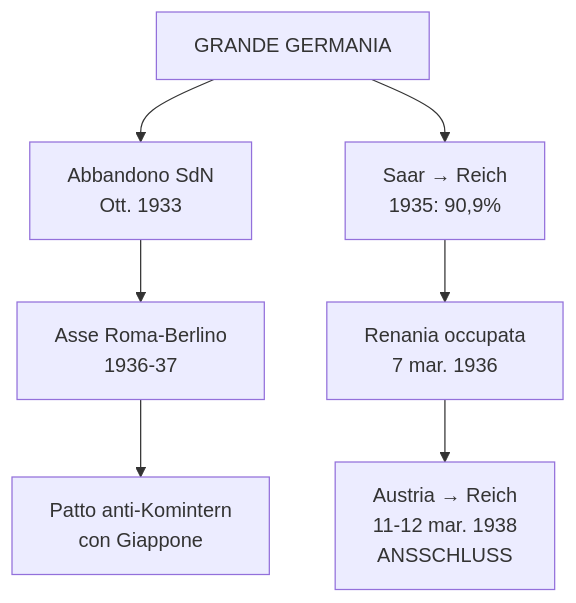
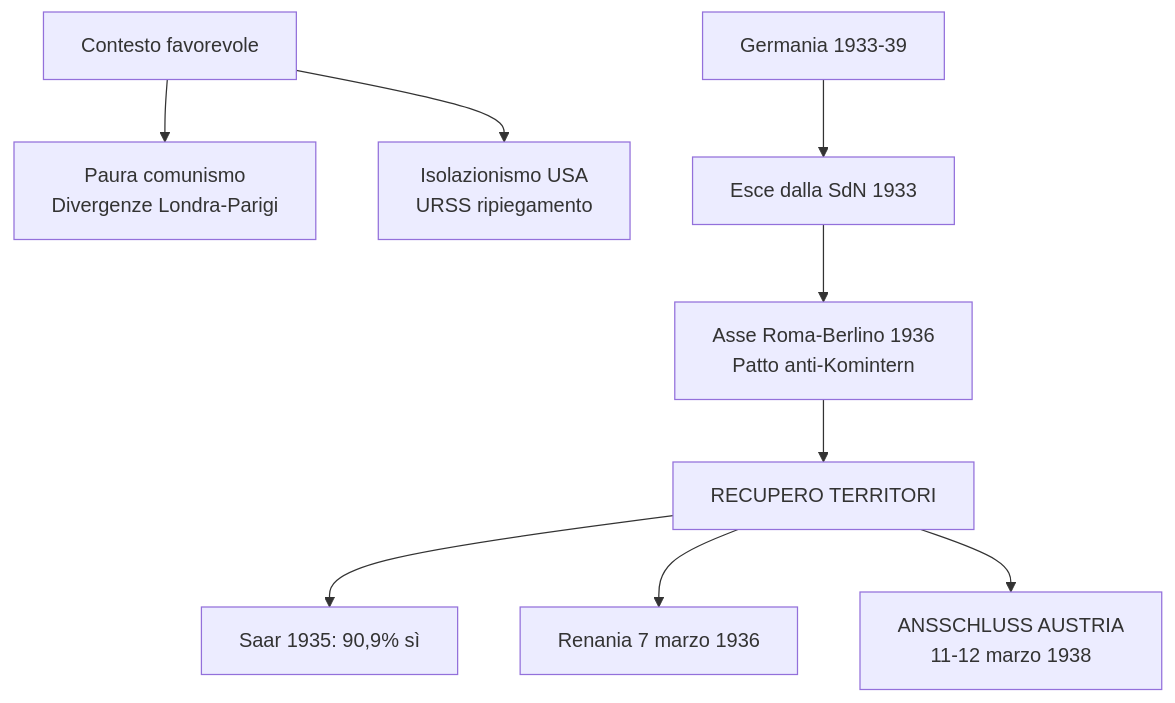
One commit to riccardo-algorime/appunti-5Bsa changed the fifth of 6 diagrams in storia/materiale/studio/capitolo_3.11_studio_riassunto.md. Above: the diagram before and after it, drawn with Mermaid. The commit also changed other lines of this file and 5 other files, not shown here.

````diff
--- a/storia/materiale/studio/capitolo_3.11_studio_riassunto.md
+++ b/storia/materiale/studio/capitolo_3.11_studio_riassunto.md
@@ -215,9 +174,11 @@
 ```mermaid
 flowchart TD
-    A[GRANDE GERMANIA] --> B[Abbandono SdN<br/>Ott. 1933]
-    B --> C[Asse Roma-Berlino<br/>1936-37]
-    C --> D[Patto anti-Komintern<br/>con Giappone]
-    A --> E[Saar → Reich<br/>1935: 90,9%]
-    E --> F[Renania occupata<br/>7 mar. 1936]
-    F --> G[Austria → Reich<br/>11-12 mar. 1938<br/>ANSSCHLUSS]
+    A[Contesto favorevole] --> B[Paura comunismo<br/>Divergenze Londra-Parigi]
+    A --> C[Isolazionismo USA<br/>URSS ripiegamento]
+    D[Germania 1933-39] --> E[Esce dalla SdN 1933]
+    E --> F[Asse Roma-Berlino 1936<br/>Patto anti-Komintern]
+    F --> G[RECUPERO TERRITORI]
+    G --> H[Saar 1935: 90,9% sì]
+    G --> I[Renania 7 marzo 1936]
+    G --> J[ANSSCHLUSS AUSTRIA<br/>11-12 marzo 1938]
 ```
````
